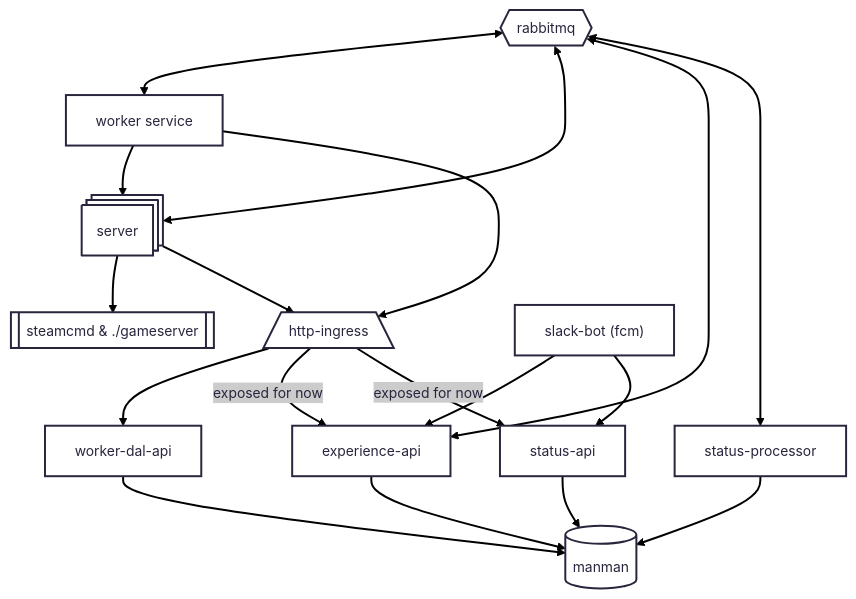
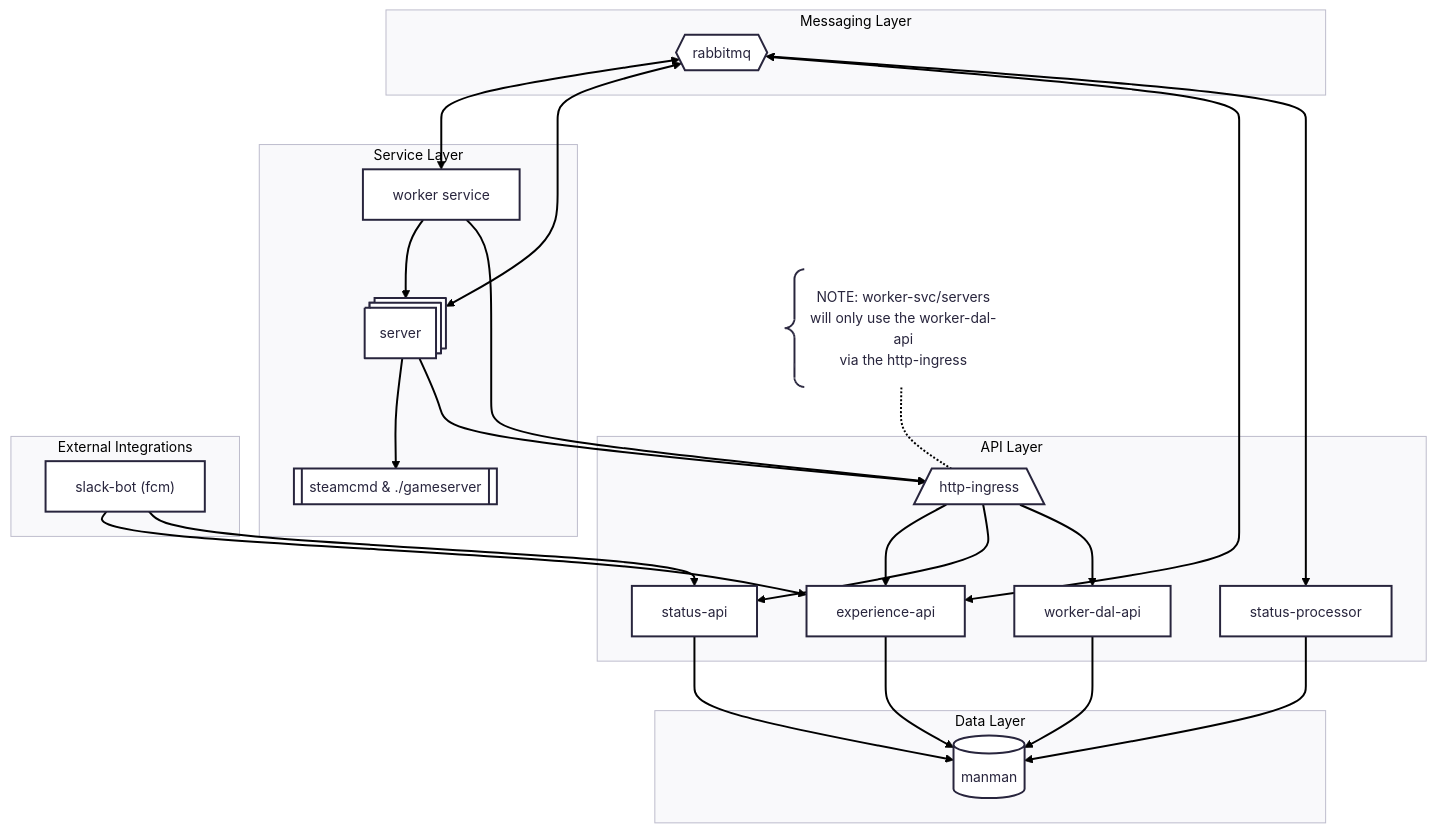
One commit to whale-net/manman changed the diagram in README.md. Above: the diagram before and after it, drawn with Mermaid.

Commit message:
ai updates to README.md

````diff
--- a/README.md
+++ b/README.md
@@ -19,33 +19,64 @@
 ```mermaid
 ---
 config:
   theme: redux
 ---
 graph TD
-    worker-svc["worker service"]
-    servers["server"]@{ shape: procs}
-    server-subproc["steamcmd & ./gameserver"]@{ shape: subproc}
+    subgraph "Service Layer"
+        worker-svc["worker service"]
+        servers["server"]@{ shape: procs}
+        server-subproc["steamcmd & ./gameserver"]@{ shape: subproc }
+    end
 
+    subgraph "API Layer"
+        http-ingress[/"http-ingress"\]
+        experience-api["experience-api"]
+        worker-dal-api["worker-dal-api"]
+        status-api["status-api"]
+        status-processor["status-processor"]@{ shape: proc }
+    end
+
+    subgraph "Data Layer"
+        database["manman"]@{ shape: db}
+    end
+
+    subgraph "Messaging Layer"
+        rmq{{"rabbitmq"}}
+    end
+
+    subgraph "External Integrations"
+        slack-bot["slack-bot (fcm)"]
+    end
+
+    %% Core Worker Flow
     worker-svc --> servers --> server-subproc
 
-    http-ingress[/"http-ingress"\]
-    experience-api["experience-api"]
-    worker-dal-api["worker-dal-api"]
-    status-api["status-api"]
-    %% is proc the right shape?
-    status-processor["status-processor"]@{ shape: proc }
+    %% HTTP Ingress and API interactions
+    http-ingress --> experience-api
+    http-ingress --> status-api
+    http-ingress --> worker-dal-api
 
-    worker-svc & servers --> http-ingress --> worker-dal-api
-    http-ingress -- exposed for now --> experience-api & status-api
+    %% Service to Ingress Communication
+    worker-svc --> http-ingress
+    servers --> http-ingress
 
-    database["manman"]@{ shape: db}
-    experience-api & worker-dal-api & status-processor & status-api --> database
+    %% API to Database Communication
+    experience-api --> database
+    worker-dal-api --> database
+    status-processor --> database
+    status-api --> database
 
-    rmq{{"rabbitmq"}}
-    rmq <--> worker-svc & servers & experience-api & status-processor
+    %% RabbitMQ Interactions
+    rmq <--> worker-svc
+    rmq <--> servers
+    rmq <--> experience-api
+    rmq <--> status-processor
 
+    %% Slack Bot Interactions
+    slack-bot --> experience-api
+    slack-bot --> status-api
 
-    slack-bot["slack-bot (fcm)"]
-    slack-bot --> experience-api & status-api
-
+    %% Comment
+    http-ingress-comment["NOTE: worker-svc/servers<br>will only use the worker-dal-api<br>via the http-ingress"]@{ shape: comment }
+    http-ingress-comment -.- http-ingress
 ```
````
